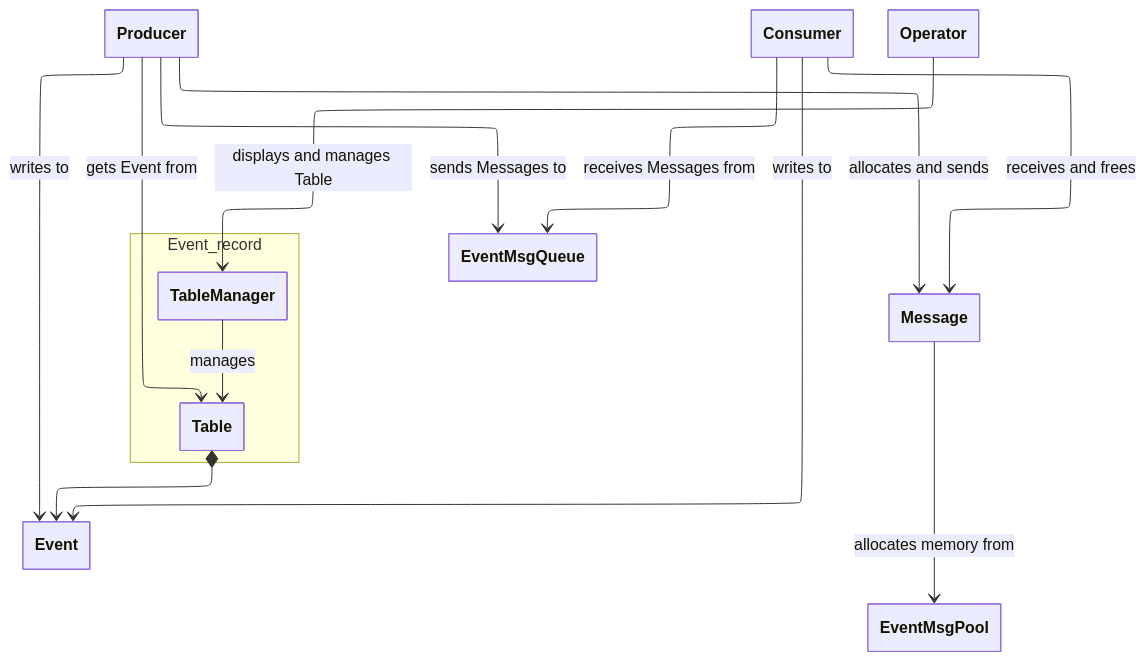
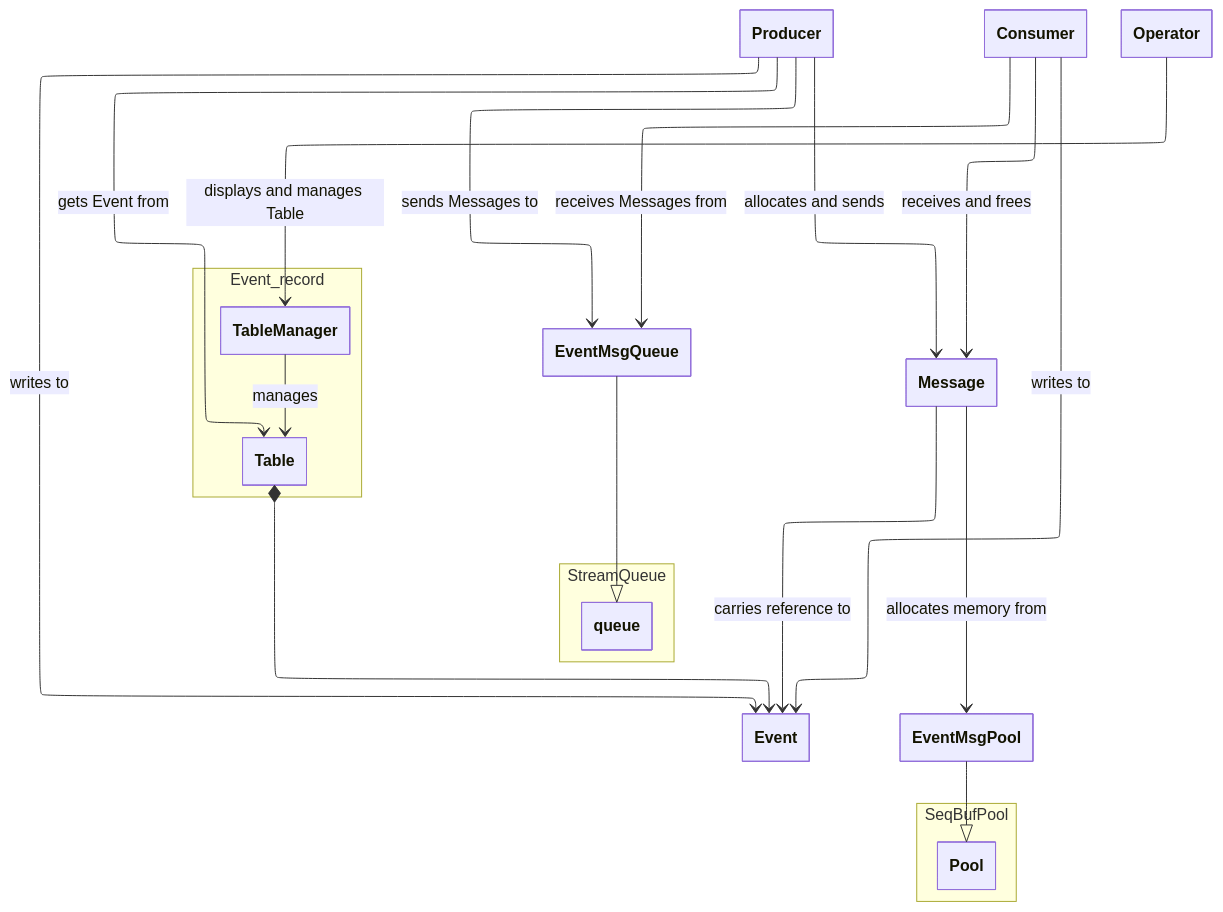
One commit to ferdi-pienaar/event_recorder-client changed the diagram in README.md. Above: the diagram before and after it, drawn with Mermaid. The commit also changed other lines of this file and 1 other file, not shown here.

Commit message:
README class diagram shows the namespaces of the used libraries.

````diff
--- a/README.md
+++ b/README.md
@@ -11,29 +13,36 @@
 ```mermaid
 ---
 config:
   layout: elk
   class:
     hideEmptyMembersBox: true
 ---
 
 classDiagram
 
     Table *--> Event
     Producer --> EventMsgQueue : sends Messages to
     Consumer --> EventMsgQueue : receives Messages from
     Producer --> Event : writes to
     Consumer --> Event : writes to
     Producer --> Message : allocates and sends
     Consumer --> Message : receives and frees
-    Message --> EventMsgPool : allocates memory from
+    Message --> Event : carries reference to
 
     namespace Event_record {
         class TableManager
         class Table
     }
 
+    namespace SeqBufPool { class Pool }
+    namespace StreamQueue { class queue }
+
+    EventMsgPool --|> Pool
+    EventMsgQueue --|> queue
+
+    Message --> EventMsgPool : allocates memory from
     TableManager --> Table : manages
     Producer --> Table : gets Event from
     Operator --> TableManager : displays and manages Table
 
 ```
````
